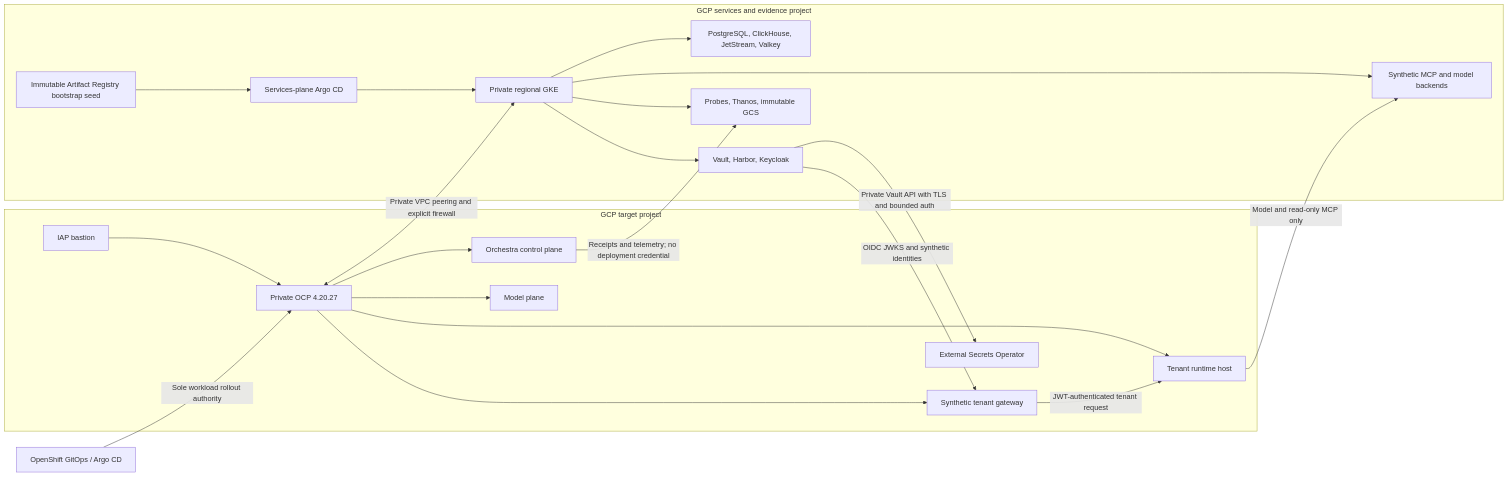
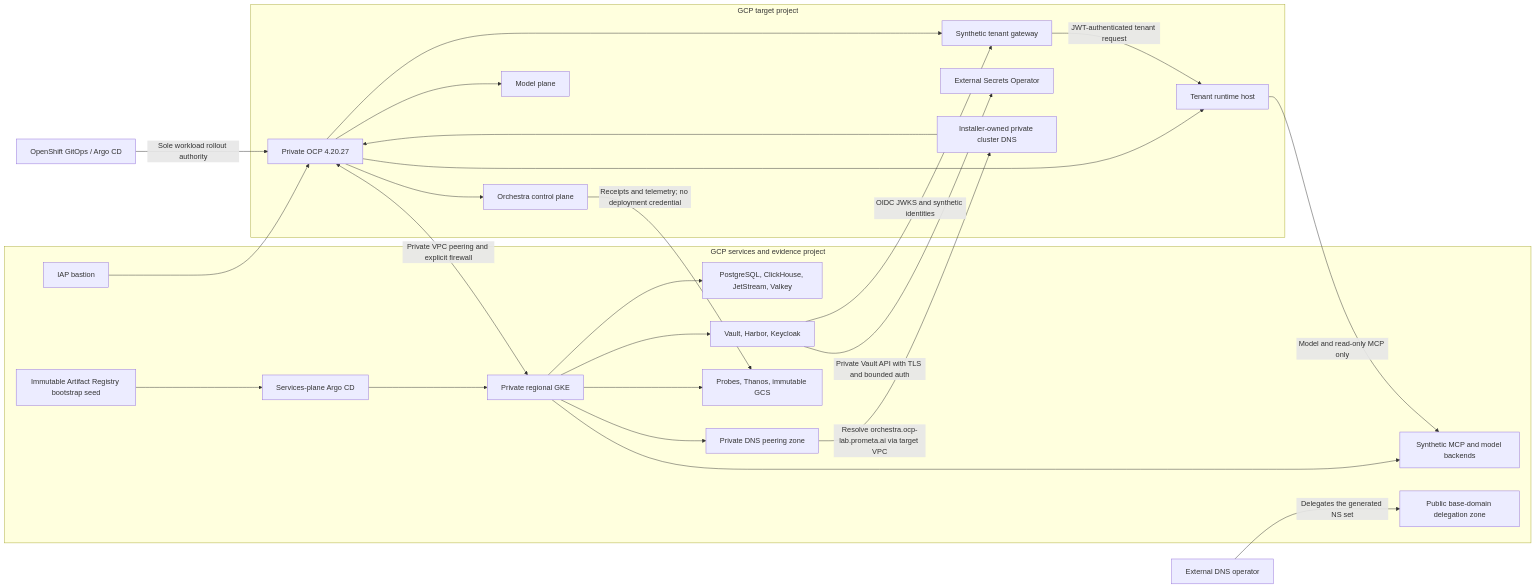
Before and after one commit to caglarsubas/orchestra-openshift-reference-lab: the diagram in docs/architecture.md, drawn with Mermaid. The commit also changed other lines of this file and 16 other files, not shown here.

````diff
--- a/docs/architecture.md
+++ b/docs/architecture.md
@@ -5,41 +5,48 @@
 ```mermaid
 flowchart LR
   subgraph GCP_TARGET["GCP target project"]
-    IAP["IAP bastion"]
     OCP["Private OCP 4.20.27"]
     PLATFORM["Orchestra control plane"]
     GATEWAY["Synthetic tenant gateway"]
     RUNTIME["Tenant runtime host"]
     MODEL["Model plane"]
     ESO["External Secrets Operator"]
-    IAP --> OCP
+    PRIVATE_DNS["Installer-owned private cluster DNS"]
     OCP --> PLATFORM
     OCP --> GATEWAY
     OCP --> RUNTIME
     OCP --> MODEL
     GATEWAY -->|"JWT-authenticated tenant request"| RUNTIME
+    PRIVATE_DNS --> OCP
   end
 
   subgraph GCP_SERVICES["GCP services and evidence project"]
+    IAP["IAP bastion"]
     GKE["Private regional GKE"]
     DATA["PostgreSQL, ClickHouse, JetStream, Valkey"]
     SECURITY["Vault, Harbor, Keycloak"]
     SEED["Immutable Artifact Registry bootstrap seed"]
     SARGO["Services-plane Argo CD"]
     SYNTHETIC["Synthetic MCP and model backends"]
     EVIDENCE["Probes, Thanos, immutable GCS"]
+    PUBLIC_DNS["Public base-domain delegation zone"]
+    DNS_PEER["Private DNS peering zone"]
     GKE --> DATA
     GKE --> SECURITY
     SEED --> SARGO
     SARGO --> GKE
     GKE --> SYNTHETIC
     GKE --> EVIDENCE
+    GKE --> DNS_PEER
   end
 
+  REGISTRAR["External DNS operator"] -->|"Delegates the generated NS set"| PUBLIC_DNS
+  IAP --> OCP
   OCP <-->|"Private VPC peering and explicit firewall"| GKE
+  DNS_PEER -->|"Resolve orchestra.ocp-lab.prometa.ai via target VPC"| PRIVATE_DNS
   SECURITY -->|"OIDC JWKS and synthetic identities"| GATEWAY
   SECURITY -->|"Private Vault API with TLS and bounded auth"| ESO
   RUNTIME -->|"Model and read-only MCP only"| SYNTHETIC
   PLATFORM -->|"Receipts and telemetry; no deployment credential"| EVIDENCE
   ARGO["OpenShift GitOps / Argo CD"] -->|"Sole workload rollout authority"| OCP
 ```
````
